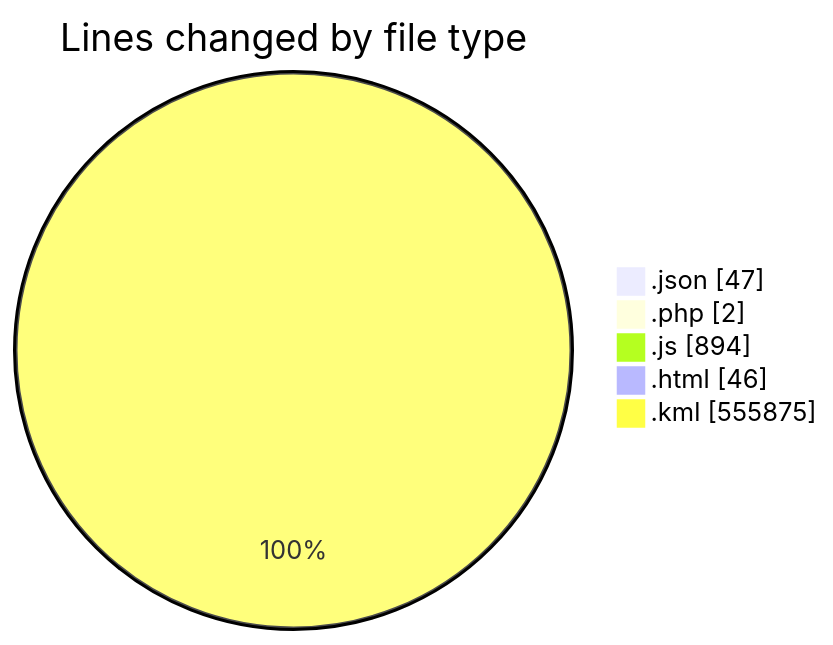
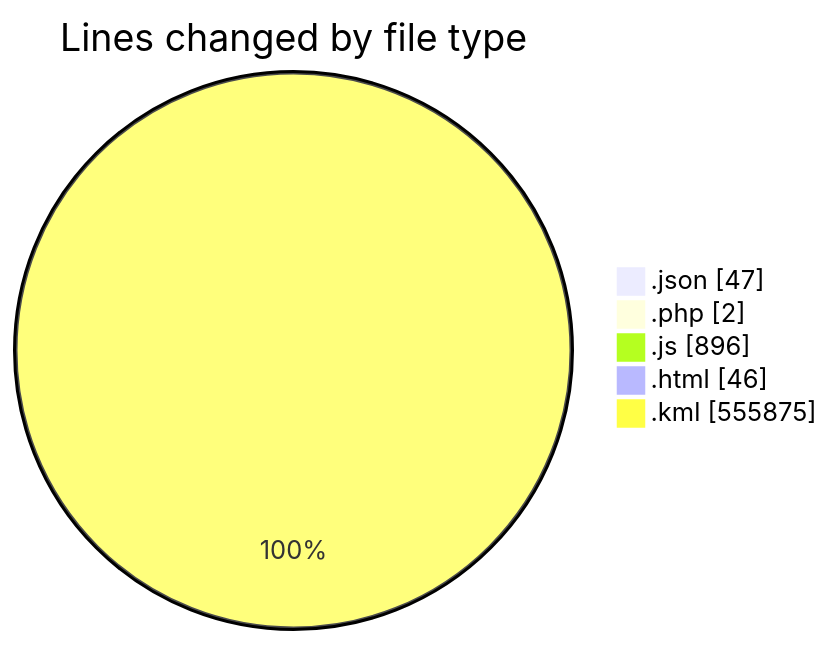
Before and after one commit to LanceThiago/code-tracking: the first of 2 diagrams in 2025-03-27/kml/README.md, drawn with Mermaid. The commit also changed other lines of this file and 1 other file, not shown here.

````diff
--- a/2025-03-27/kml/README.md
+++ b/2025-03-27/kml/README.md
@@ -28,9 +28,9 @@
 ```mermaid
 pie showData
 title Lines changed by file type
 ".json" : 47
 ".php" : 2
-".js" : 894
+".js" : 896
 ".html" : 46
 ".kml" : 555875
 ```
````
